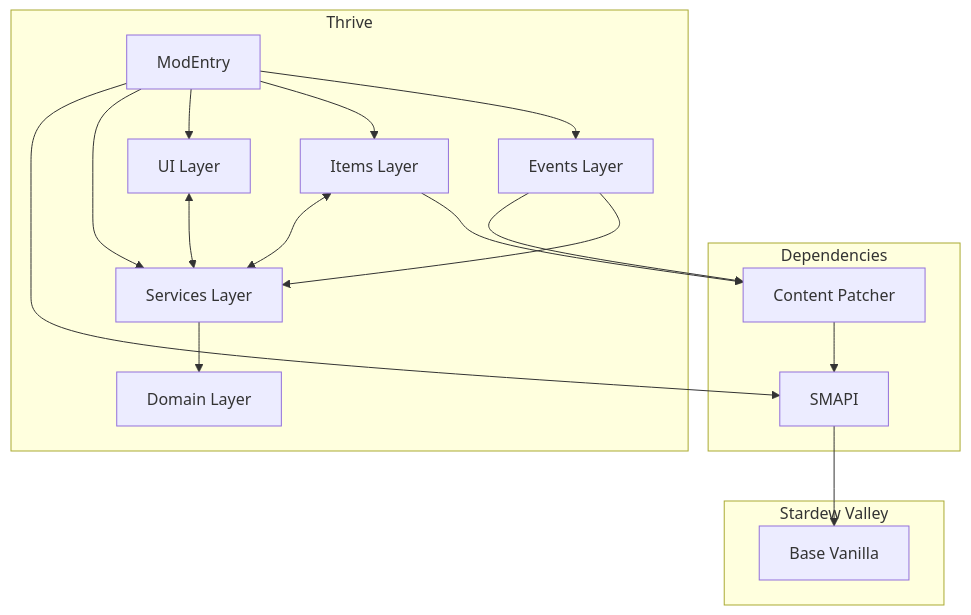
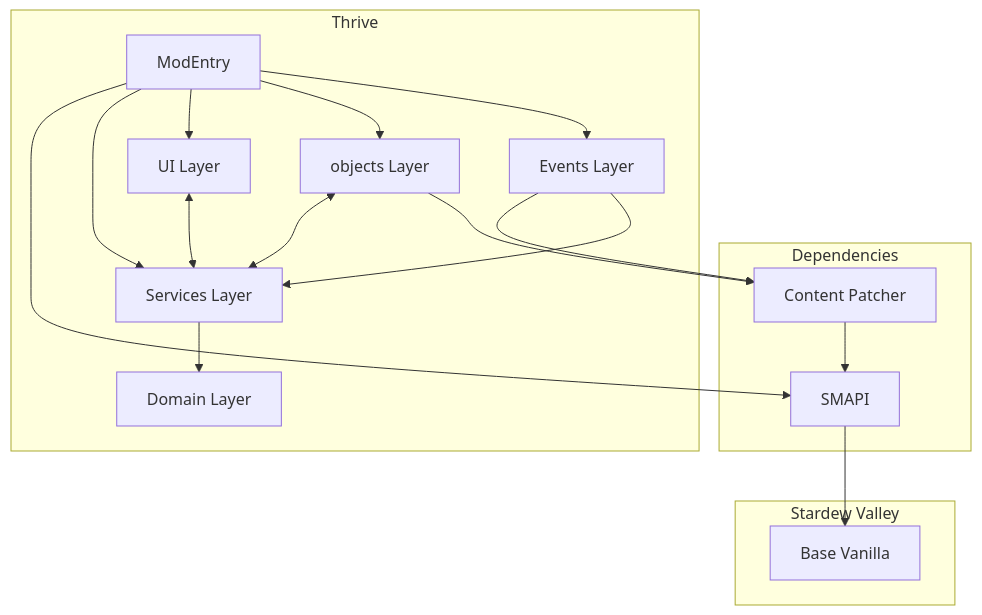
One commit to GXatBuffalo/Thrive-Stardew-Mod changed the diagram in Design.md. Above: the diagram before and after it, drawn with Mermaid. The commit also changed other lines of this file, not shown here.

Commit message:
Small roadmap changes. item-> object as per Stardew technical terminology

````diff
--- a/Design.md
+++ b/Design.md
@@ -139,39 +139,39 @@
 ```mermaid
 graph TD
     subgraph Stardew Valley
         BV[Base Vanilla]
     end
 
     subgraph Dependencies
         SMAPI
         CP[Content Patcher]
     end
 
     subgraph Thrive
         ME[ModEntry]
         UI[UI Layer]
-        Items[Items Layer]
+        objects[objects Layer]
         Services[Services Layer]
         Events[Events Layer]
         Domain[Domain Layer]
     end
 
     SMAPI --> BV
 
     CP --> SMAPI
     ME --> SMAPI
 
     Events --> CP
 
     ME --> Services
     ME --> UI
-    ME --> Items
+    ME --> objects
     ME --> Events
 
     Services --> Domain
-    Items <--> Services
+    objects <--> Services
     UI <--> Services
     Events --> Services
-    Items --> CP
+    objects --> CP
 
 ```
````
